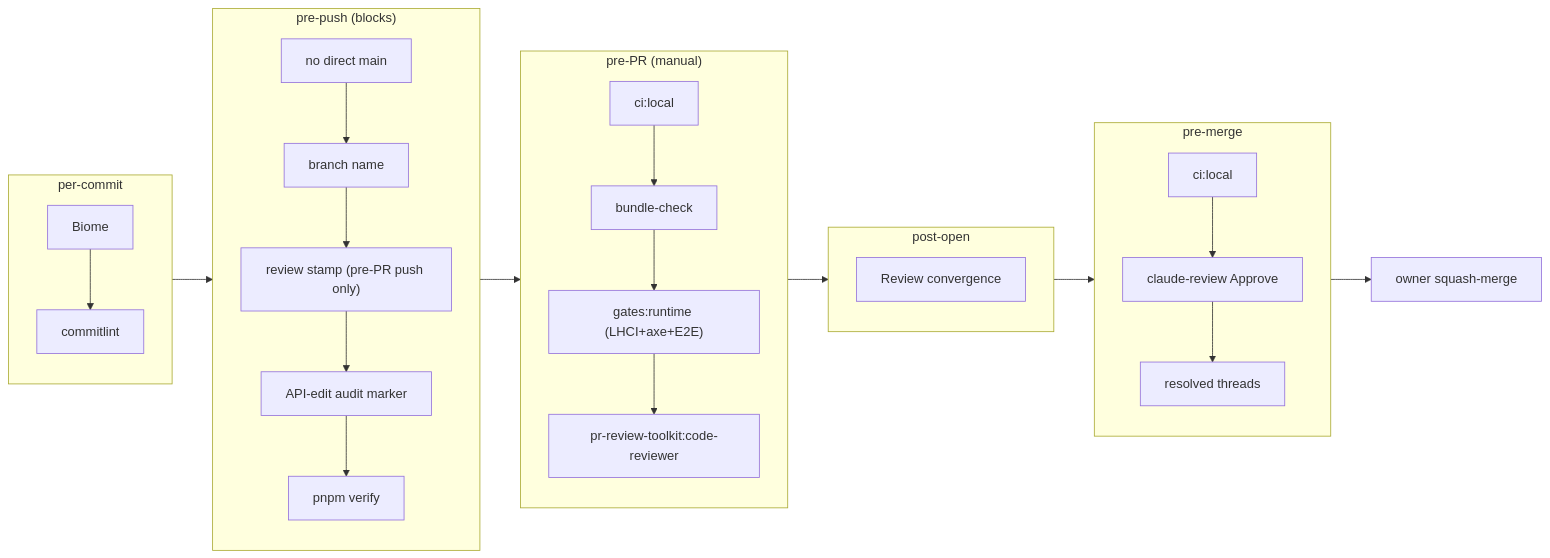
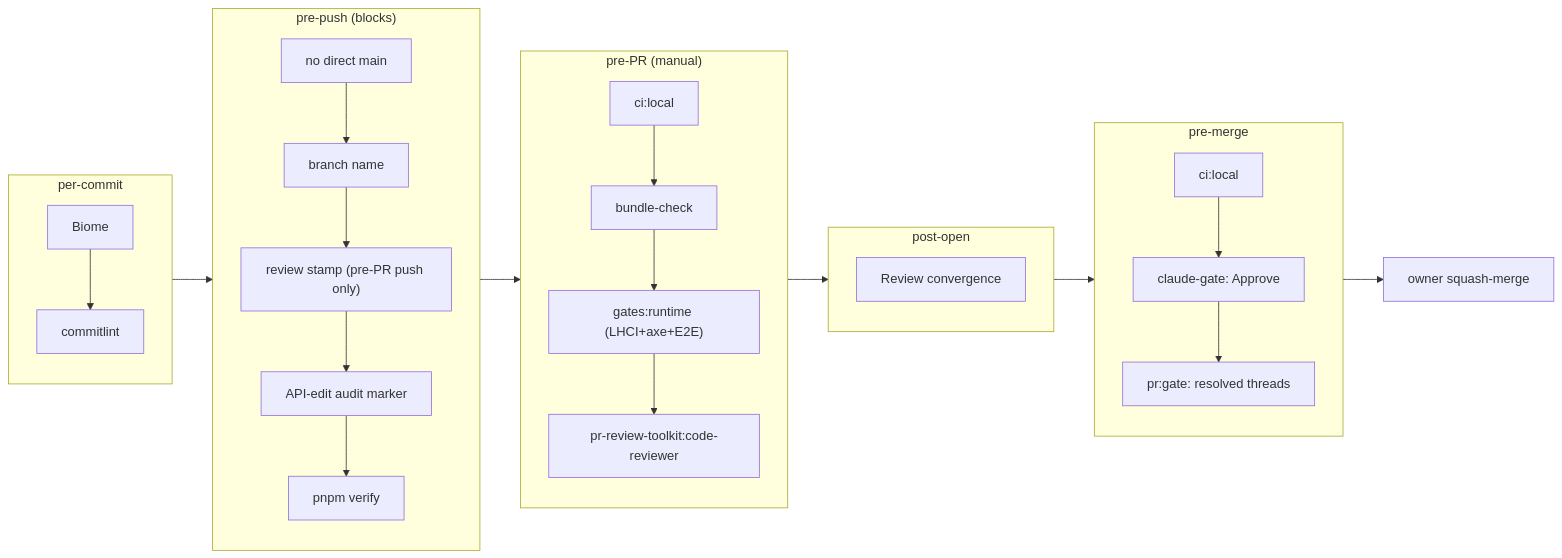
One commit to erikunha/portfolio changed the second of 2 diagrams in docs/handbook/development-lifecycle.md. Above: the diagram before and after it, drawn with Mermaid. The commit also changed other lines of this file and 9 other files, not shown here.

````diff
--- a/docs/handbook/development-lifecycle.md
+++ b/docs/handbook/development-lifecycle.md
@@ -69,19 +69,19 @@
 ```mermaid
 flowchart LR
     subgraph commit["per-commit"]
         g1["Biome"] --> g2["commitlint"]
     end
     subgraph prepush["pre-push (blocks)"]
         g3["no direct main"] --> g4["branch name"] --> g5["review stamp (pre-PR push only)"] --> g6["API-edit audit marker"] --> g7["pnpm verify"]
     end
     subgraph prepr["pre-PR (manual)"]
         g8["ci:local"] --> g9["bundle-check"] --> g11["gates:runtime (LHCI+axe+E2E)"] --> g12["pr-review-toolkit:code-reviewer"]
     end
     subgraph open["post-open"]
         g13["Review convergence"]
     end
     subgraph premerge["pre-merge"]
-        g15["ci:local"] --> g17["claude-review Approve"] --> g18["resolved threads"]
+        g15["ci:local"] --> g17["claude-gate: Approve"] --> g18["pr:gate: resolved threads"]
     end
     commit --> prepush --> prepr --> open --> premerge --> merge["owner squash-merge"]
 ```
````
